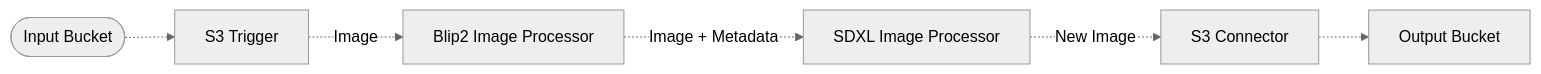
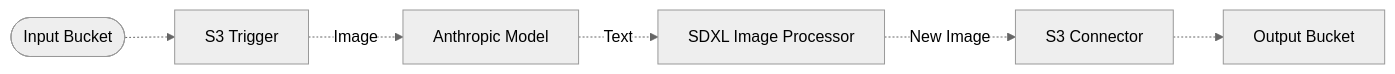
The diagram in examples/simple-pipelines/image-to-image-pipeline/README.md (awslabs/project-lakechain), drawn with Mermaid (neutral theme) before and after one commit. The commit also changed other lines of this file and 370 other files, not shown here.

````diff
--- a/examples/simple-pipelines/image-to-image-pipeline/README.md
+++ b/examples/simple-pipelines/image-to-image-pipeline/README.md
@@ -7,8 +7,8 @@
 ```mermaid
 flowchart LR
   Input([Input Bucket]) -.-> S3[S3 Trigger]
-  S3 -. Image .-> Blip2[Blip2 Image Processor]
-  Blip2 -. Image + Metadata .-> SDXL[SDXL Image Processor]
+  S3 -. Image .-> Anthropic[Anthropic Model]
+  Anthropic -. Text .-> SDXL[SDXL Image Processor]
   SDXL -. New Image .-> S3Output[S3 Connector]
   S3Output -.-> Bucket1[Output Bucket]
 ```
````
